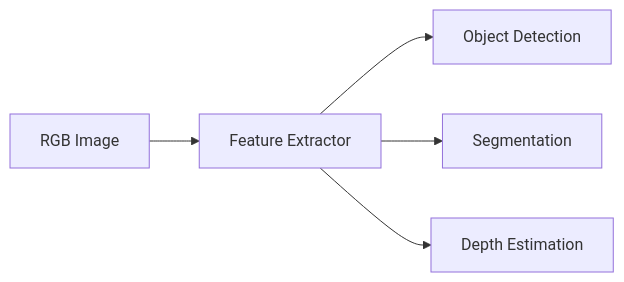
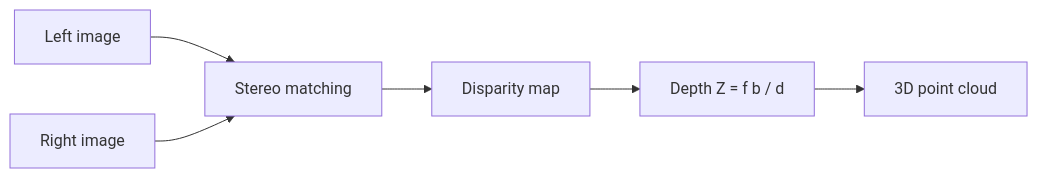
One commit to Muhammadumerakmal/physical-ai-humanoid-robotics changed the second of 2 diagrams in docs/part2-sensing/03-computer-vision.mdx. Above: the diagram before and after it, drawn with Mermaid. The commit also changed other lines of this file and 59 other files, not shown here.

````diff
--- a/docs/part2-sensing/03-computer-vision.mdx
+++ b/docs/part2-sensing/03-computer-vision.mdx
@@ -54,7 +139,8 @@
 ```mermaid
 flowchart LR
-    Img[RGB Image] --> CNN[Feature Extractor]
-    CNN --> Box[Object Detection]
-    CNN --> Seg[Segmentation]
-    CNN --> Depth[Depth Estimation]
+    Left[Left image] --> Match[Stereo matching]
+    Right[Right image] --> Match
+    Match --> Disp[Disparity map]
+    Disp --> DepthZ[Depth Z = f b / d]
+    DepthZ --> PCL[3D point cloud]
 ```
````
